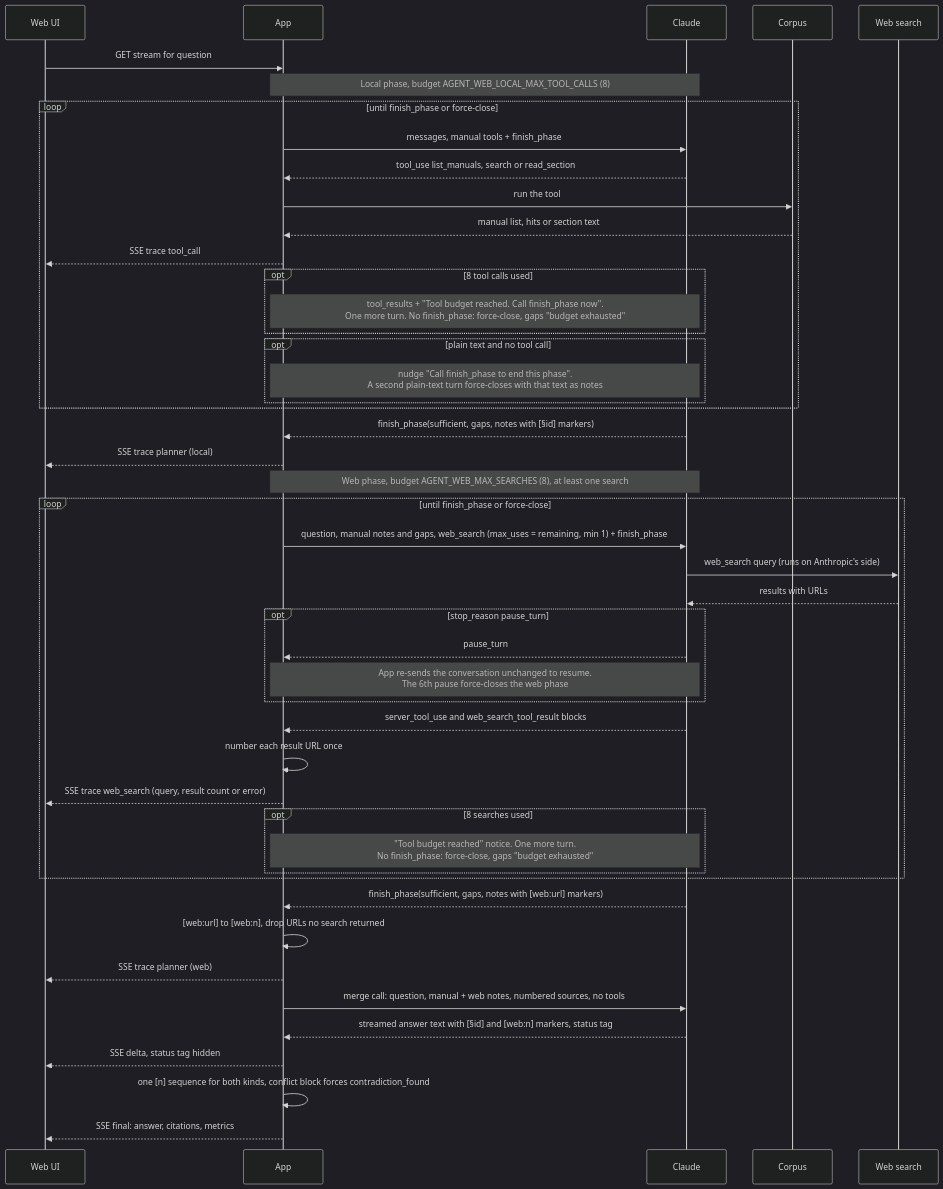
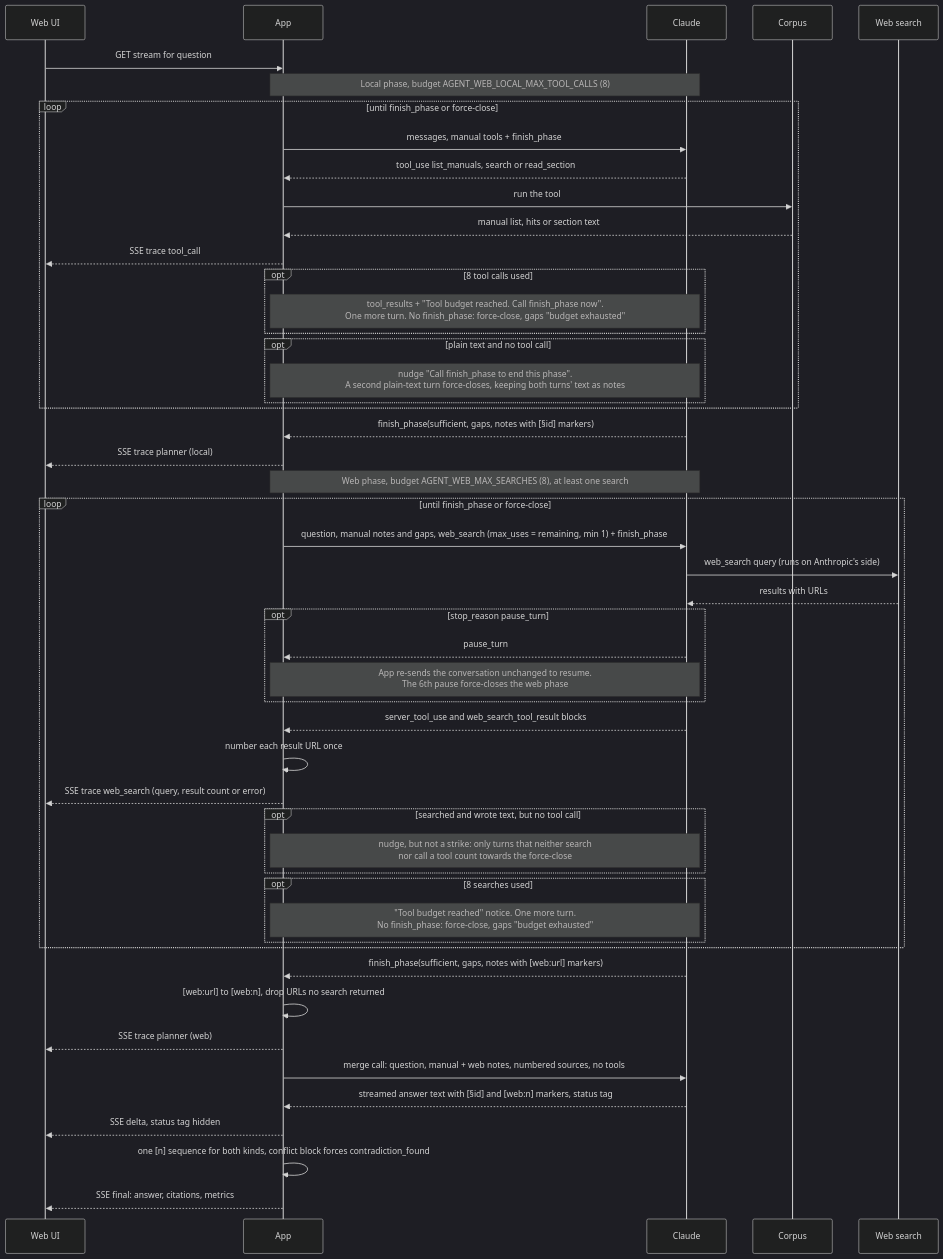
The diagram in uma/static/diagrams/agentic_web-sequence.mmd (belaboros/UserManualAssistant), drawn with Mermaid (dark theme) before and after one commit. The commit also changed 4 other files, not shown here.

First line of the commit message:
docs: web search prerequisite, force-close gaps and the strike rule

```diff
--- a/uma/static/diagrams/agentic_web-sequence.mmd
+++ b/uma/static/diagrams/agentic_web-sequence.mmd
@@ -1,47 +1,50 @@
 sequenceDiagram
     participant UI as Web UI
     participant A as App
     participant C as Claude
     participant DB as Corpus
     participant W as Web search
     UI->>A: GET stream for question
     Note over A,C: Local phase, budget AGENT_WEB_LOCAL_MAX_TOOL_CALLS (8)
     loop until finish_phase or force-close
         A->>C: messages, manual tools + finish_phase
         C-->>A: tool_use list_manuals, search or read_section
         A->>DB: run the tool
         DB-->>A: manual list, hits or section text
         A-->>UI: SSE trace tool_call
         opt 8 tool calls used
             Note over A,C: tool_results + "Tool budget reached. Call finish_phase now".<br/>One more turn. No finish_phase: force-close, gaps "budget exhausted"
         end
         opt plain text and no tool call
-            Note over A,C: nudge "Call finish_phase to end this phase".<br/>A second plain-text turn force-closes with that text as notes
+            Note over A,C: nudge "Call finish_phase to end this phase".<br/>A second plain-text turn force-closes, keeping both turns' text as notes
         end
     end
     C-->>A: finish_phase(sufficient, gaps, notes with [§id] markers)
     A-->>UI: SSE trace planner (local)
     Note over A,C: Web phase, budget AGENT_WEB_MAX_SEARCHES (8), at least one search
     loop until finish_phase or force-close
         A->>C: question, manual notes and gaps, web_search (max_uses = remaining, min 1) + finish_phase
         C->>W: web_search query (runs on Anthropic's side)
         W-->>C: results with URLs
         opt stop_reason pause_turn
             C-->>A: pause_turn
             Note over A,C: App re-sends the conversation unchanged to resume.<br/>The 6th pause force-closes the web phase
         end
         C-->>A: server_tool_use and web_search_tool_result blocks
         A->>A: number each result URL once
         A-->>UI: SSE trace web_search (query, result count or error)
+        opt searched and wrote text, but no tool call
+            Note over A,C: nudge, but not a strike: only turns that neither search<br/>nor call a tool count towards the force-close
+        end
         opt 8 searches used
             Note over A,C: "Tool budget reached" notice. One more turn.<br/>No finish_phase: force-close, gaps "budget exhausted"
         end
     end
     C-->>A: finish_phase(sufficient, gaps, notes with [web:url] markers)
     A->>A: [web:url] to [web:n], drop URLs no search returned
     A-->>UI: SSE trace planner (web)
     A->>C: merge call: question, manual + web notes, numbered sources, no tools
     C-->>A: streamed answer text with [§id] and [web:n] markers, status tag
     A-->>UI: SSE delta, status tag hidden
     A->>A: one [n] sequence for both kinds, conflict block forces contradiction_found
     A-->>UI: SSE final: answer, citations, metrics
```
